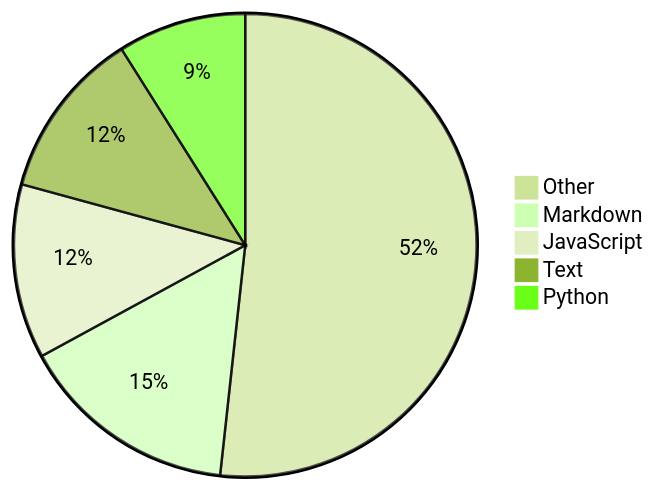
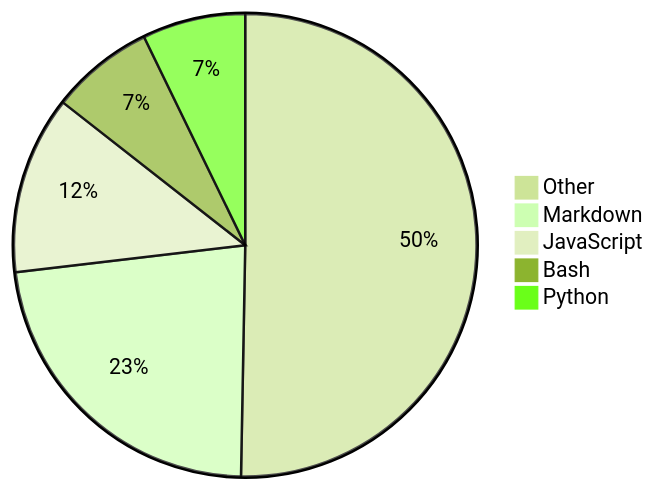
Before and after one commit to Alicia111/alicia111: the diagram in README.md, drawn with Mermaid (forest theme).

Commit message:
Update WakaTime stats (・ω・)b

````diff
--- a/README.md
+++ b/README.md
@@ -32,8 +32,8 @@
 ```mermaid
 pie
-    "Other" : 40.89
-    "Markdown" : 12.12
-    "JavaScript" : 9.62
-    "Text" : 9.33
-    "Python" : 7.08
+    "Other" : 39.68
+    "Markdown" : 18.02
+    "JavaScript" : 9.82
+    "Bash" : 5.7
+    "Python" : 5.68
 ```
````
